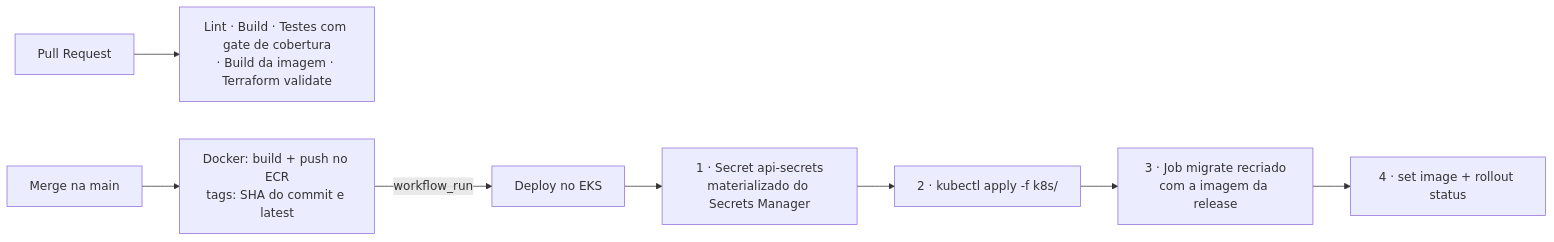
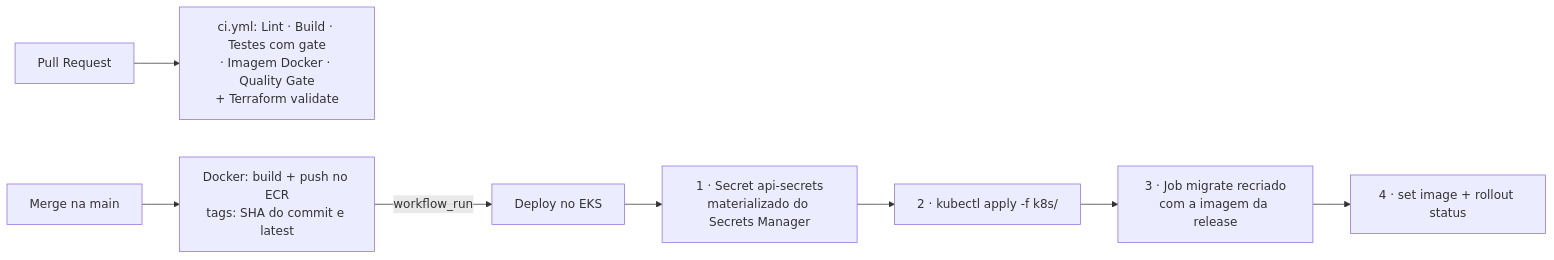
The second of 2 diagrams in README.md (pedruvaz/tech-challenge-fiap), drawn with Mermaid before and after one commit. The commit also changed other lines of this file and 1 other file, not shown here.

First line of the commit message:
docs: update ci doc for the consolidated ci.yml and new coverage floors

````diff
--- a/README.md
+++ b/README.md
@@ -49,10 +49,10 @@
 ```mermaid
 flowchart LR
-    PR["Pull Request"] --> CI["Lint · Build · Testes com gate de cobertura<br/>· Build da imagem · Terraform validate"]
+    PR["Pull Request"] --> CI["ci.yml: Lint · Build · Testes com gate<br/>· Imagem Docker · Quality Gate<br/>+ Terraform validate"]
     MERGE["Merge na main"] --> PUSH["Docker: build + push no ECR<br/>tags: SHA do commit e latest"]
     PUSH -->|workflow_run| DEPLOY["Deploy no EKS"]
     DEPLOY --> D1["1 · Secret api-secrets<br/>materializado do Secrets Manager"]
     D1 --> D2["2 · kubectl apply -f k8s/"]
     D2 --> D3["3 · Job migrate recriado<br/>com a imagem da release"]
     D3 --> D4["4 · set image + rollout status"]
 ```
````
